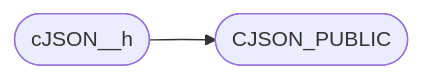
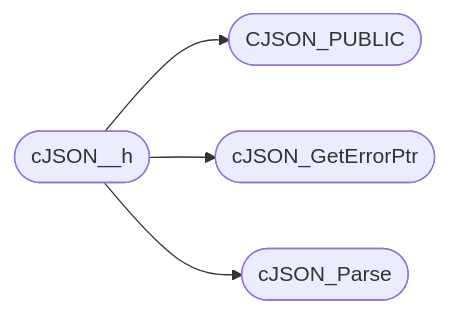
Before and after one commit to grisuno/blacksandbeacon: the second of 2 diagrams in readmenator-apidocs/modules/include.cJSON.h.md, drawn with Mermaid. The commit also changed other lines of this file and 380 other files, not shown here.

````diff
--- a/readmenator-apidocs/modules/include.cJSON.h.md
+++ b/readmenator-apidocs/modules/include.cJSON.h.md
@@ -30,6 +30,10 @@
 ```mermaid
 flowchart LR
     n_include_cJSON_h__cJSON__h(["cJSON__h"])
     n_include_cJSON_h__CJSON_PUBLIC(["CJSON_PUBLIC"])
+    n_include_cJSON_h__cJSON_GetErrorPtr(["cJSON_GetErrorPtr"])
+    n_include_cJSON_h__cJSON_Parse(["cJSON_Parse"])
     n_include_cJSON_h__cJSON__h --> n_include_cJSON_h__CJSON_PUBLIC
+    n_include_cJSON_h__cJSON__h --> n_include_cJSON_h__cJSON_GetErrorPtr
+    n_include_cJSON_h__cJSON__h --> n_include_cJSON_h__cJSON_Parse
 ```
````
